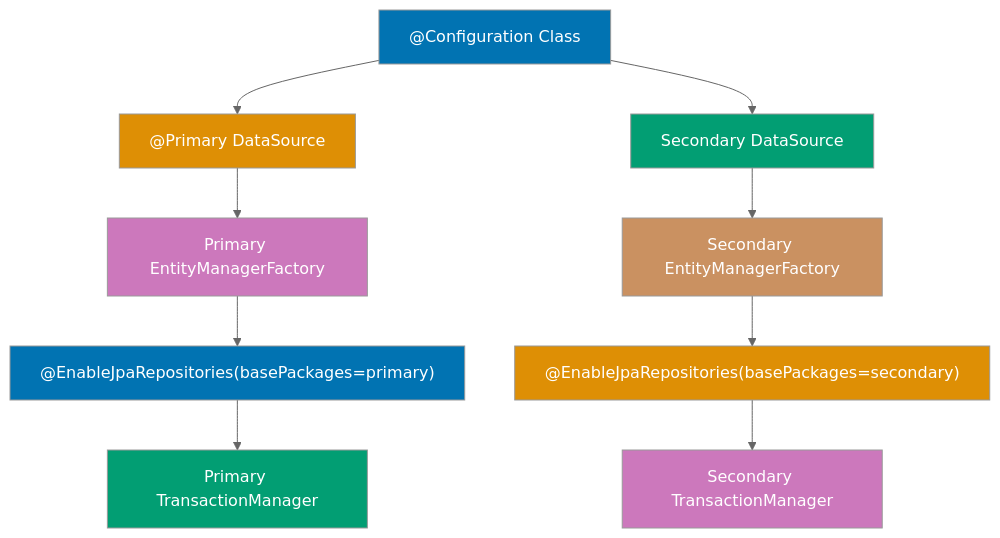
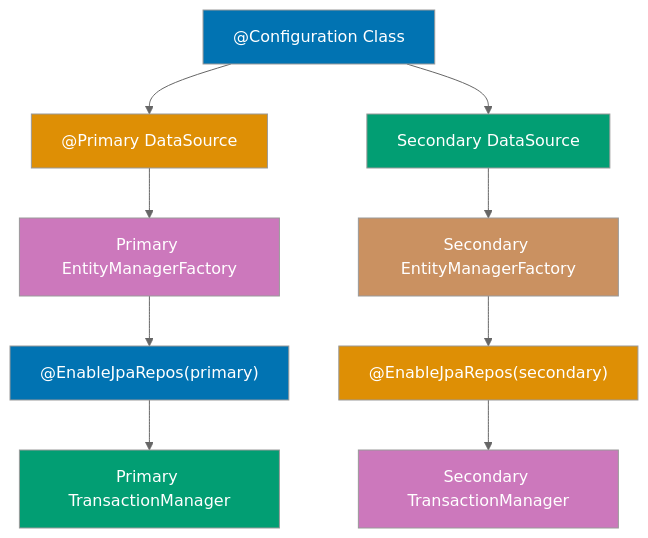
One commit to wahidyankf/open-sharia-enterprise changed the second of 14 diagrams in apps/ayokoding-web/content/en/learn/software-engineering/platform-web/tools/jvm-spring-boot/by-example/intermediate.md. Above: the diagram before and after it, drawn with Mermaid (neutral theme). The commit also changed other lines of this file and 16 other files, not shown here.

First line of the commit message:
fix(content): fix 46 pre-existing Mermaid violations in tutorial files

````diff
--- a/apps/ayokoding-web/content/en/learn/software-engineering/platform-web/tools/jvm-spring-boot/by-example/intermediate.md
+++ b/apps/ayokoding-web/content/en/learn/software-engineering/platform-web/tools/jvm-spring-boot/by-example/intermediate.md
@@ -50,22 +50,22 @@
 ```mermaid
 %% Color Palette: Blue #0173B2, Orange #DE8F05, Teal #029E73, Purple #CC78BC, Brown #CA9161
 graph TD
     Config["@Configuration Class"] --> Primary["@Primary DataSource"]
     Config --> Secondary["Secondary DataSource"]
     Primary --> PrimaryEMF["Primary EntityManagerFactory"]
     Secondary --> SecondaryEMF["Secondary EntityManagerFactory"]
-    PrimaryEMF --> PrimaryRepos["@EnableJpaRepositories(basePackages=primary)"]
-    SecondaryEMF --> SecondaryRepos["@EnableJpaRepositories(basePackages=secondary)"]
+    PrimaryEMF --> PrimaryRepos["@EnableJpaRepos(primary)"]
+    SecondaryEMF --> SecondaryRepos["@EnableJpaRepos(secondary)"]
     PrimaryRepos --> PrimaryTx["Primary TransactionManager"]
     SecondaryRepos --> SecondaryTx["Secondary TransactionManager"]
 
     style Config fill:#0173B2,color:#fff
     style Primary fill:#DE8F05,color:#fff
     style Secondary fill:#029E73,color:#fff
     style PrimaryEMF fill:#CC78BC,color:#fff
     style SecondaryEMF fill:#CA9161,color:#fff
     style PrimaryRepos fill:#0173B2,color:#fff
     style SecondaryRepos fill:#DE8F05,color:#fff
     style PrimaryTx fill:#029E73,color:#fff
     style SecondaryTx fill:#CC78BC,color:#fff
 ```
````
